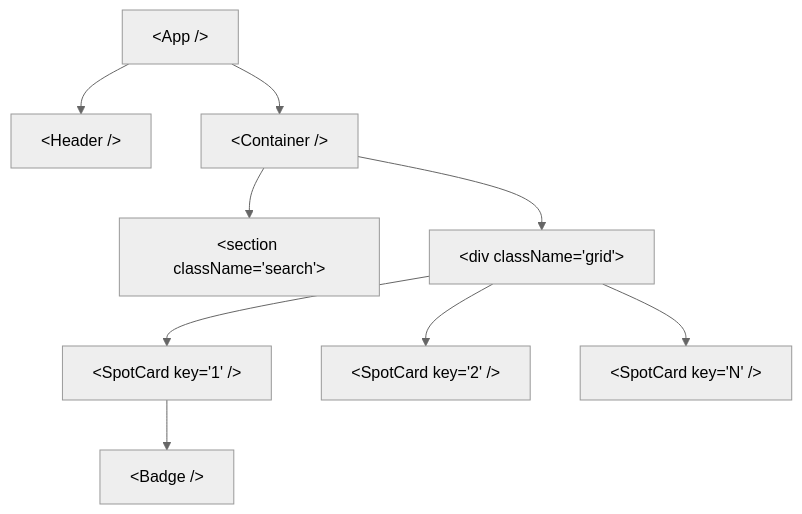
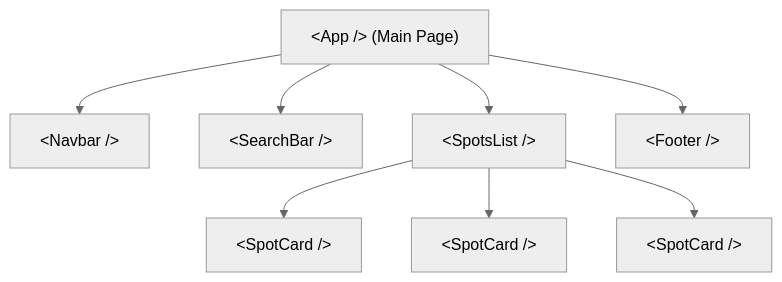
One commit to ajibolagenius/LagosDataSchool changed the third of 5 diagrams in full_stack_development_class_notes/Week 11_ React Fundamentals.md. Above: the diagram before and after it, drawn with Mermaid (neutral theme). The commit also changed other lines of this file and 20 other files, not shown here.

````diff
--- a/full_stack_development_class_notes/Week 11_ React Fundamentals.md
+++ b/full_stack_development_class_notes/Week 11_ React Fundamentals.md
@@ -220,21 +61,10 @@
 ```mermaid
-graph TD
-    App["&lt;App /&gt;"]
-    Header["&lt;Header /&gt;"]
-    Container["&lt;Container /&gt;"]
-    SearchSection["&lt;section className='search'&gt;"]
-    SpotsGrid["&lt;div className='grid'&gt;"]
-    SpotCard1["&lt;SpotCard key='1' /&gt;"]
-    SpotCard2["&lt;SpotCard key='2' /&gt;"]
-    SpotCardN["&lt;SpotCard key='N' /&gt;"]
-    Badge["&lt;Badge /&gt;"]
-
-    App --> Header
-    App --> Container
-    Container --> SearchSection
-    Container --> SpotsGrid
-    SpotsGrid --> SpotCard1
-    SpotsGrid --> SpotCard2
-    SpotsGrid --> SpotCardN
-    SpotCard1 --> Badge
+flowchart TD
+    APP["&lt;App /&gt; (Main Page)"] --> NAV["&lt;Navbar /&gt;"]
+    APP --> SEARCH["&lt;SearchBar /&gt;"]
+    APP --> LIST["&lt;SpotsList /&gt;"]
+    LIST --> CARD1["&lt;SpotCard /&gt;"]
+    LIST --> CARD2["&lt;SpotCard /&gt;"]
+    LIST --> CARD3["&lt;SpotCard /&gt;"]
+    APP --> FOOTER["&lt;Footer /&gt;"]
 ```
````
